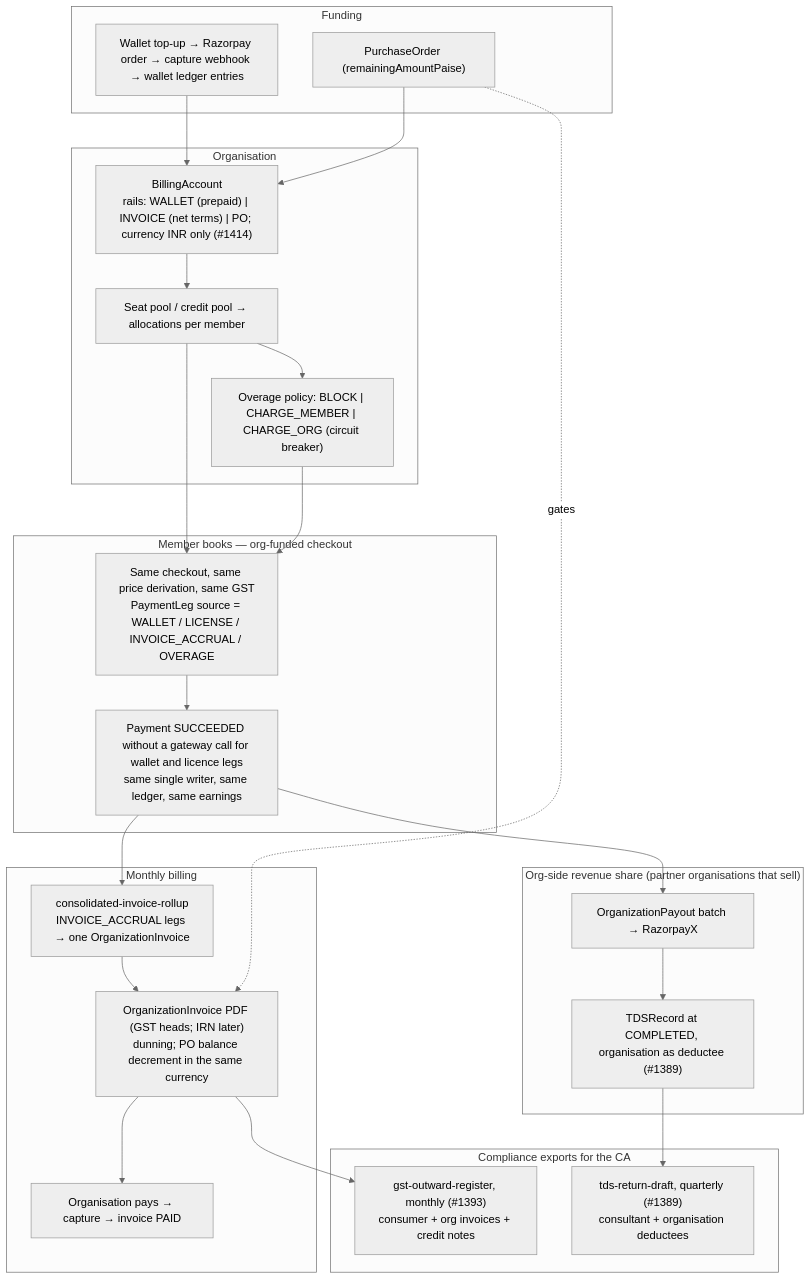
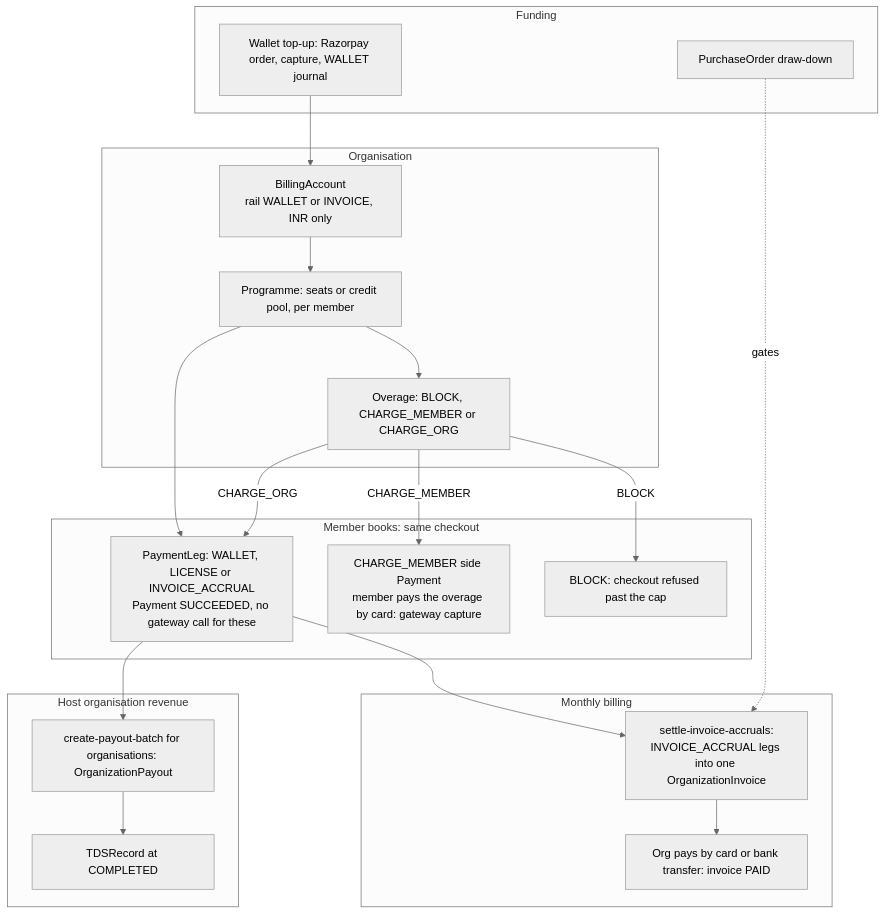
The third of 5 diagrams in docs/finance/00-overview/01-money-map.md (Practitionist/familiarise_web), drawn with Mermaid (neutral theme) before and after one commit. The commit also changed other lines of this file and 17 other files, not shown here.

First line of the commit message:
docs(finance): rewrite capture, ledger and refunds sections (package A) (#2330)

````diff
--- a/docs/finance/00-overview/01-money-map.md
+++ b/docs/finance/00-overview/01-money-map.md
@@ -94,38 +86,34 @@
 ```mermaid
 flowchart TB
   subgraph Org["Organisation"]
-    BA["BillingAccount<br/>rails: WALLET (prepaid) | INVOICE (net terms) | PO; currency INR only (#1414)"]
-    POOL["Seat pool / credit pool → allocations per member"]
-    OVR["Overage policy: BLOCK | CHARGE_MEMBER | CHARGE_ORG (circuit breaker)"]
+    BA["BillingAccount<br/>rail WALLET or INVOICE, INR only"]
+    POOL["Programme: seats or credit pool, per member"]
+    OVR["Overage: BLOCK, CHARGE_MEMBER or CHARGE_ORG"]
   end
   subgraph Fund["Funding"]
-    TOP["Wallet top-up → Razorpay order → capture webhook → wallet ledger entries"]
-    PO["PurchaseOrder (remainingAmountPaise)"]
+    TOP["Wallet top-up: Razorpay order, capture, WALLET journal"]
+    PO["PurchaseOrder draw-down"]
   end
-  subgraph Book["Member books — org-funded checkout"]
-    MC["Same checkout, same price derivation, same GST<br/>PaymentLeg source = WALLET / LICENSE / INVOICE_ACCRUAL / OVERAGE"]
-    MP["Payment SUCCEEDED without a gateway call for wallet and licence legs<br/>same single writer, same ledger, same earnings"]
+  subgraph Book["Member books: same checkout"]
+    MC["PaymentLeg: WALLET, LICENSE or INVOICE_ACCRUAL<br/>Payment SUCCEEDED, no gateway call for these"]
+    SIDE["CHARGE_MEMBER side Payment<br/>member pays the overage by card: gateway capture"]
+    BLK["BLOCK: checkout refused past the cap"]
   end
   subgraph Bill["Monthly billing"]
-    ROLL["consolidated-invoice-rollup<br/>INVOICE_ACCRUAL legs → one OrganizationInvoice"]
-    OINV["OrganizationInvoice PDF (GST heads; IRN later)<br/>dunning; PO balance decrement in the same currency"]
-    OPAY["Organisation pays → capture → invoice PAID"]
+    ROLL["settle-invoice-accruals:<br/>INVOICE_ACCRUAL legs into one OrganizationInvoice"]
+    OPAY["Org pays by card or bank transfer: invoice PAID"]
   end
-  subgraph OrgPayout["Org-side revenue share (partner organisations that sell)"]
-    OP["OrganizationPayout batch → RazorpayX"]
-    OT["TDSRecord at COMPLETED, organisation as deductee (#1389)"]
+  subgraph Host["Host organisation revenue"]
+    OP["create-payout-batch for organisations: OrganizationPayout"]
+    OT["TDSRecord at COMPLETED"]
   end
-  subgraph CA["Compliance exports for the CA"]
-    REG["gst-outward-register, monthly (#1393)<br/>consumer + org invoices + credit notes"]
-    TDS["tds-return-draft, quarterly (#1389)<br/>consultant + organisation deductees"]
-  end
+  TOP --> BA
   BA --> POOL --> OVR
-  TOP --> BA
-  PO --> BA
-  POOL --> MC --> MP
-  OVR --> MC
-  MP --> ROLL --> OINV --> OPAY
-  PO -. "gates" .-> OINV
-  MP --> OP --> OT --> TDS
-  OINV --> REG
+  POOL --> MC
+  OVR -->|"CHARGE_ORG"| MC
+  OVR -->|"CHARGE_MEMBER"| SIDE
+  OVR -->|"BLOCK"| BLK
+  MC --> ROLL --> OPAY
+  PO -.->|"gates"| ROLL
+  MC --> OP --> OT
 ```
````
